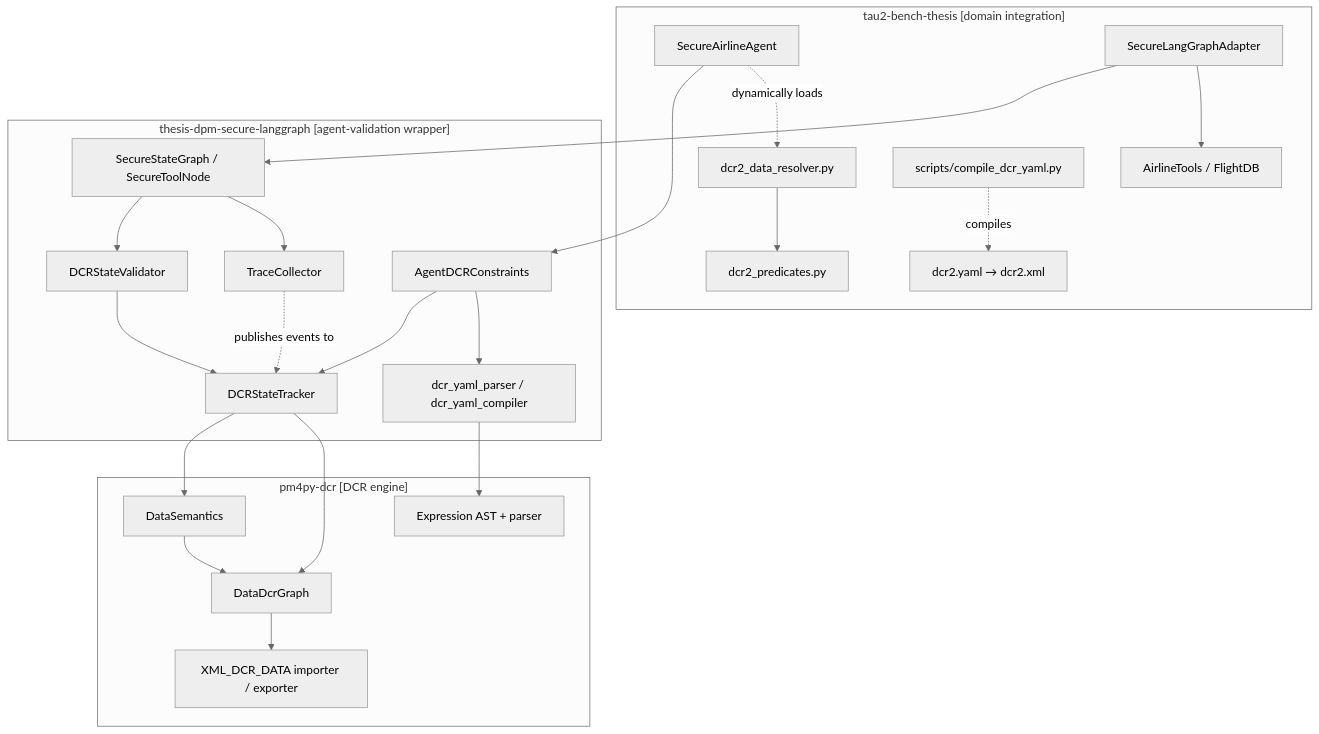
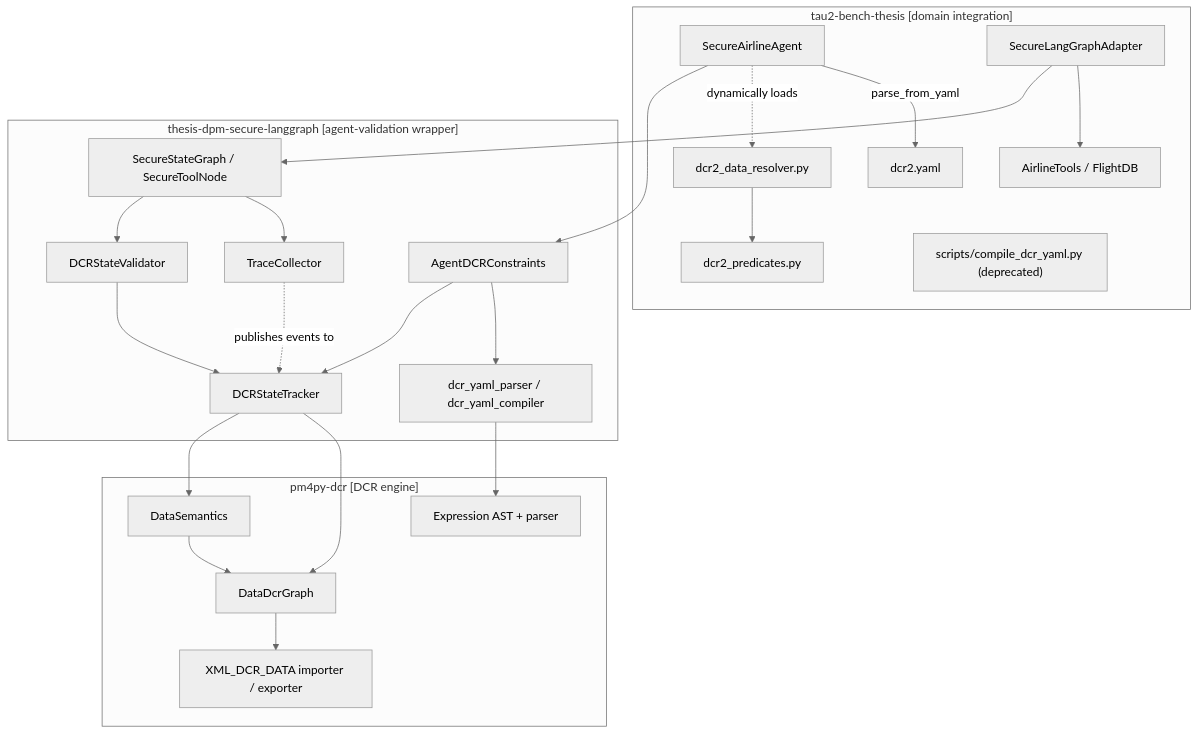
One commit to silas-blume/tau2-bench-thesis changed the first of 6 diagrams in DCR_DATA_ARCHITECTURE.md. Above: the diagram before and after it, drawn with Mermaid (neutral theme). The commit also changed other lines of this file and 12 other files, not shown here.

````diff
--- a/DCR_DATA_ARCHITECTURE.md
+++ b/DCR_DATA_ARCHITECTURE.md
@@ -21,46 +21,46 @@
 ```mermaid
 flowchart TD
     subgraph TAU2["tau2-bench-thesis  [domain integration]"]
         SAA["SecureAirlineAgent"]
         SLA["SecureLangGraphAdapter"]
         AT["AirlineTools / FlightDB"]
-        DCR2Y["dcr2.yaml → dcr2.xml"]
+        DCR2Y["dcr2.yaml"]
         DCR2R["dcr2_data_resolver.py"]
         DCR2P["dcr2_predicates.py"]
-        CDY["scripts/compile_dcr_yaml.py"]
+        CDY["scripts/compile_dcr_yaml.py (deprecated)"]
     end
 
     subgraph WRAP["thesis-dpm-secure-langgraph  [agent-validation wrapper]"]
         ADC["AgentDCRConstraints"]
         DST["DCRStateTracker"]
         DSV["DCRStateValidator"]
         SSG["SecureStateGraph / SecureToolNode"]
         TC["TraceCollector"]
         YC["dcr_yaml_parser / dcr_yaml_compiler"]
     end
 
     subgraph ENGINE["pm4py-dcr  [DCR engine]"]
         DDG["DataDcrGraph"]
         DS["DataSemantics"]
         EXPR["Expression AST + parser"]
         XMLIO["XML_DCR_DATA importer / exporter"]
     end
 
     SAA --> ADC
     SLA --> SSG
     SLA --> AT
     DCR2R --> DCR2P
     SAA -. dynamically loads .-> DCR2R
-    CDY -. compiles .-> DCR2Y
+    SAA -- parse_from_yaml --> DCR2Y
     ADC --> DST
     DSV --> DST
     SSG --> DSV
     SSG --> TC
     TC -. publishes events to .-> DST
     ADC --> YC
     DST --> DS
     DST --> DDG
     YC --> EXPR
     DS --> DDG
     DDG --> XMLIO
 ```
````
